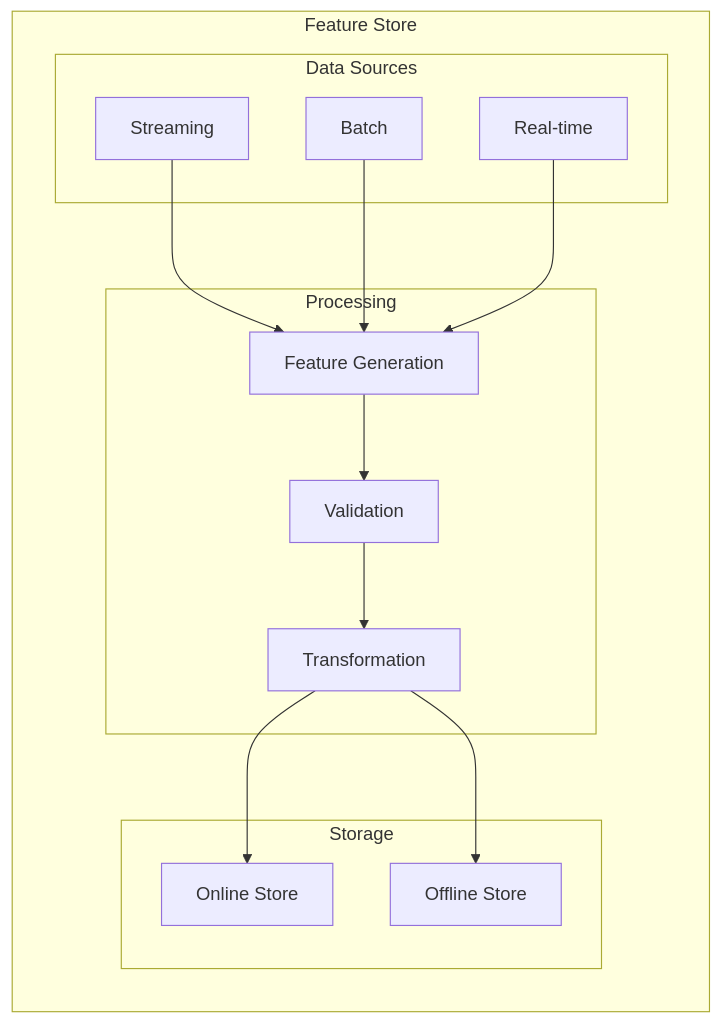
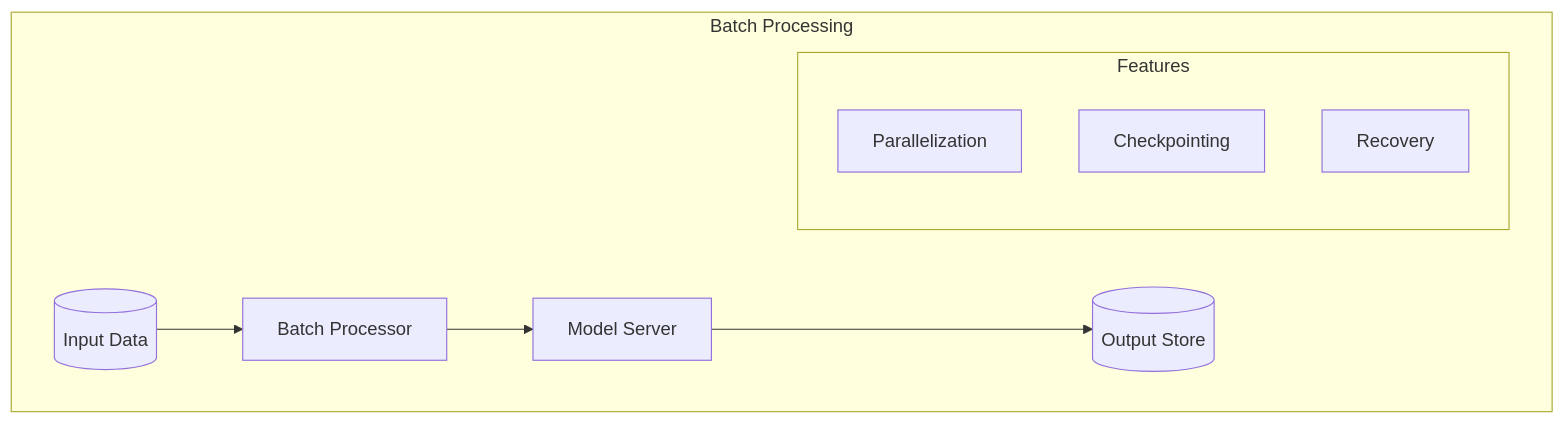
Before and after one commit to saravanakumarrc/Architecture_Journey: the fifth of 7 diagrams in src/AI_ML_Application_Patterns.md, drawn with Mermaid. The commit also changed other lines of this file and 2 other files, not shown here.

Commit message:
Enhance High Availability Design documentation with core concepts, redundancy models, and recovery strategies; improve clarity and structure of monitoring and disaster recovery sections.

````diff
--- a/src/AI_ML_Application_Patterns.md
+++ b/src/AI_ML_Application_Patterns.md
@@ -112,26 +122,14 @@
 ```mermaid
 graph TB
-    subgraph "Feature Store"
-        direction TB
+    subgraph "Batch Processing"
+        I[(Input Data)] --> B[Batch Processor]
+        B --> M[Model Server]
+        M --> O[(Output Store)]
         
-        subgraph "Data Sources"
-            D1[Streaming]
-            D2[Batch]
-            D3[Real-time]
+        subgraph "Features"
+            P[Parallelization]
+            C[Checkpointing]
+            R[Recovery]
         end
-        
-        subgraph "Processing"
-            P1[Feature Generation]
-            P2[Validation]
-            P3[Transformation]
-        end
-        
-        subgraph "Storage"
-            S1[Online Store]
-            S2[Offline Store]
-        end
-        
-        D1 & D2 & D3 --> P1 --> P2 --> P3
-        P3 --> S1 & S2
     end
 ```
````
